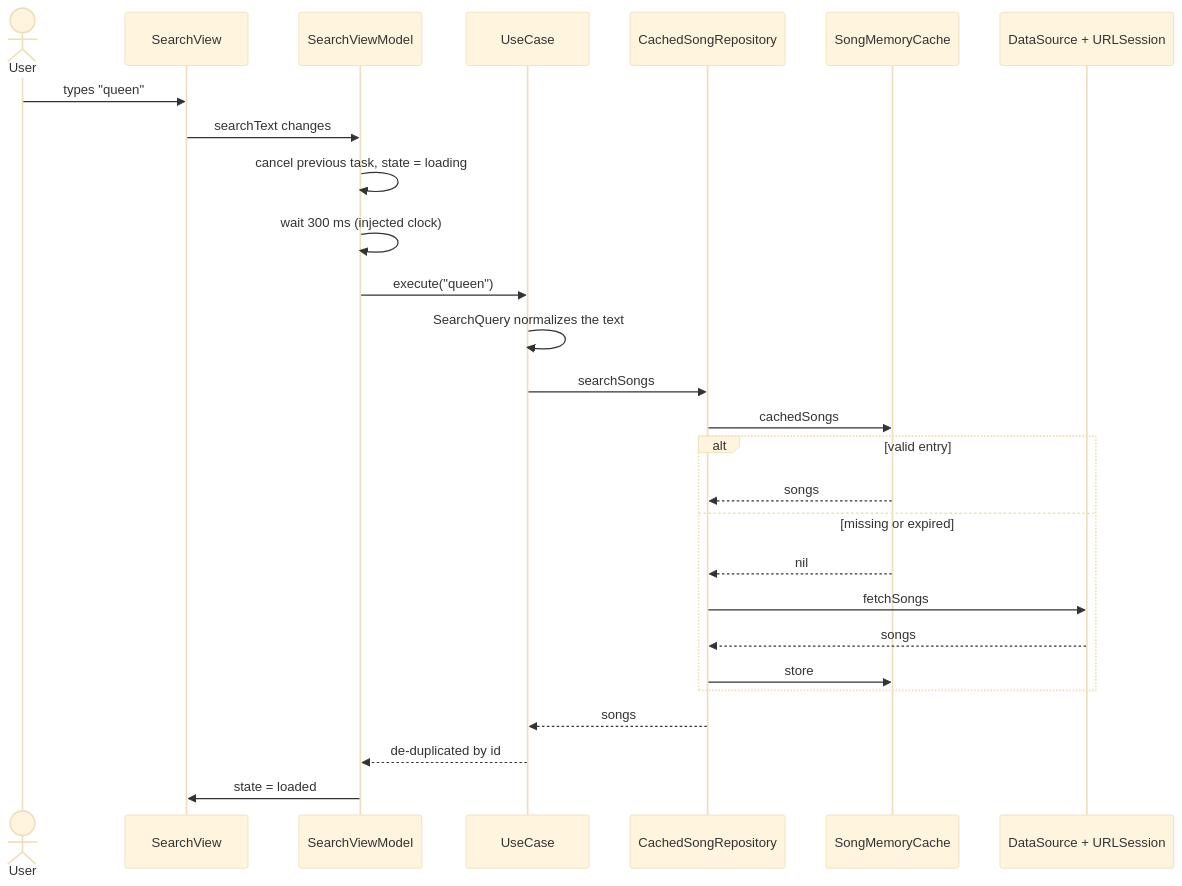
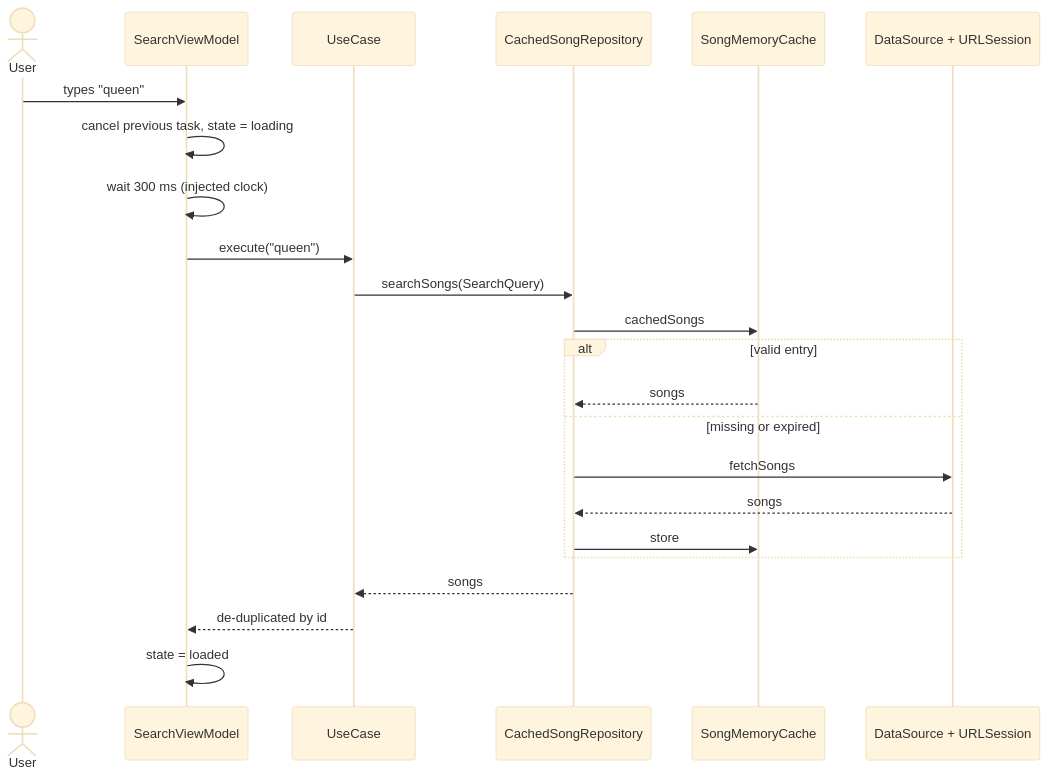
Before and after one commit to slorentehiberus/iTunesSearchApp: the second of 4 diagrams in README.md, drawn with Mermaid (base theme). The commit also changed other lines of this file and 32 other files, not shown here.

````diff
--- a/README.md
+++ b/README.md
@@ -93,29 +65,25 @@
 ```mermaid
 sequenceDiagram
   actor U as User
-  participant V as SearchView
   participant M as SearchViewModel
   participant C as UseCase
   participant R as CachedSongRepository
   participant K as SongMemoryCache
   participant N as DataSource + URLSession
-  U->>V: types "queen"
-  V->>M: searchText changes
+  U->>M: types "queen"
   M->>M: cancel previous task, state = loading
   M->>M: wait 300 ms (injected clock)
   M->>C: execute("queen")
-  C->>C: SearchQuery normalizes the text
-  C->>R: searchSongs
+  C->>R: searchSongs(SearchQuery)
   R->>K: cachedSongs
   alt valid entry
     K-->>R: songs
   else missing or expired
-    K-->>R: nil
     R->>N: fetchSongs
     N-->>R: songs
     R->>K: store
   end
   R-->>C: songs
   C-->>M: de-duplicated by id
-  M->>V: state = loaded
+  M->>M: state = loaded
 ```
````
